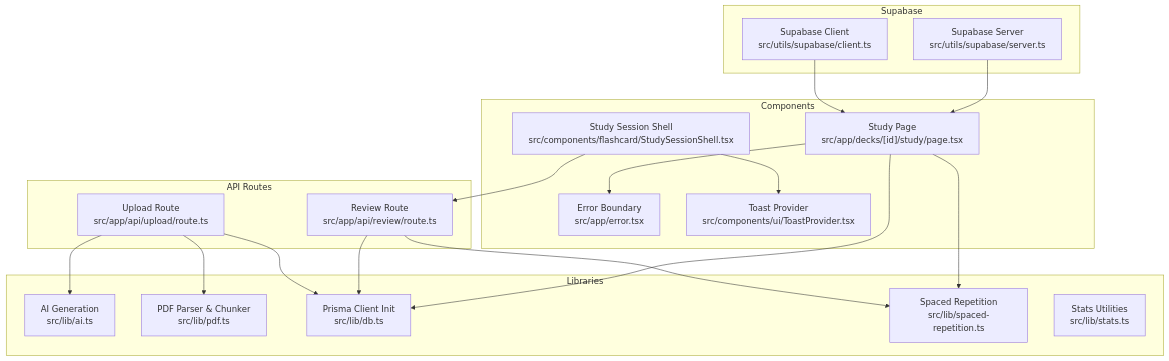
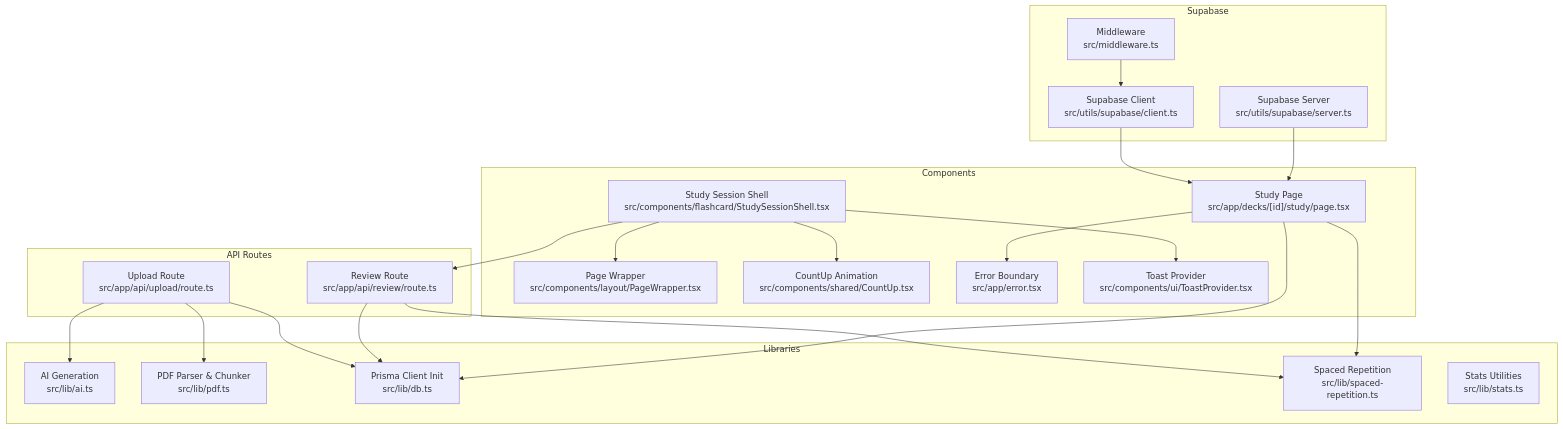
One commit to nitish-niraj/cumathassignment changed the first of 3 diagrams in .qoder/repowiki/en/content/Advanced Topics/Troubleshooting and Debugging.md. Above: the diagram before and after it, drawn with Mermaid. The commit also changed other lines of this file and 6 other files, not shown here.

````diff
--- a/.qoder/repowiki/en/content/Advanced Topics/Troubleshooting and Debugging.md
+++ b/.qoder/repowiki/en/content/Advanced Topics/Troubleshooting and Debugging.md
@@ -53,36 +67,42 @@
 ```mermaid
 graph TB
 subgraph "API Routes"
 Upload["Upload Route<br/>src/app/api/upload/route.ts"]
 Review["Review Route<br/>src/app/api/review/route.ts"]
 end
 subgraph "Libraries"
 AI["AI Generation<br/>src/lib/ai.ts"]
 PDF["PDF Parser & Chunker<br/>src/lib/pdf.ts"]
 DB["Prisma Client Init<br/>src/lib/db.ts"]
 SR["Spaced Repetition<br/>src/lib/spaced-repetition.ts"]
 STATS["Stats Utilities<br/>src/lib/stats.ts"]
 end
 subgraph "Supabase"
 SC["Supabase Client<br/>src/utils/supabase/client.ts"]
 SS["Supabase Server<br/>src/utils/supabase/server.ts"]
+MW["Middleware<br/>src/middleware.ts"]
 end
 subgraph "Components"
 StudyPage["Study Page<br/>src/app/decks/[id]/study/page.tsx"]
 StudyShell["Study Session Shell<br/>src/components/flashcard/StudySessionShell.tsx"]
+PageWrapper["Page Wrapper<br/>src/components/layout/PageWrapper.tsx"]
+CountUp["CountUp Animation<br/>src/components/shared/CountUp.tsx"]
 ErrorBoundary["Error Boundary<br/>src/app/error.tsx"]
 Toast["Toast Provider<br/>src/components/ui/ToastProvider.tsx"]
 end
 Upload --> PDF
 Upload --> AI
 Upload --> DB
 Review --> DB
 Review --> SR
 StudyPage --> DB
 StudyPage --> SR
 StudyShell --> Review
 StudyShell --> Toast
+StudyShell --> PageWrapper
+StudyShell --> CountUp
 StudyPage --> ErrorBoundary
 SC --> StudyPage
 SS --> StudyPage
+MW --> SC
 ```
````
